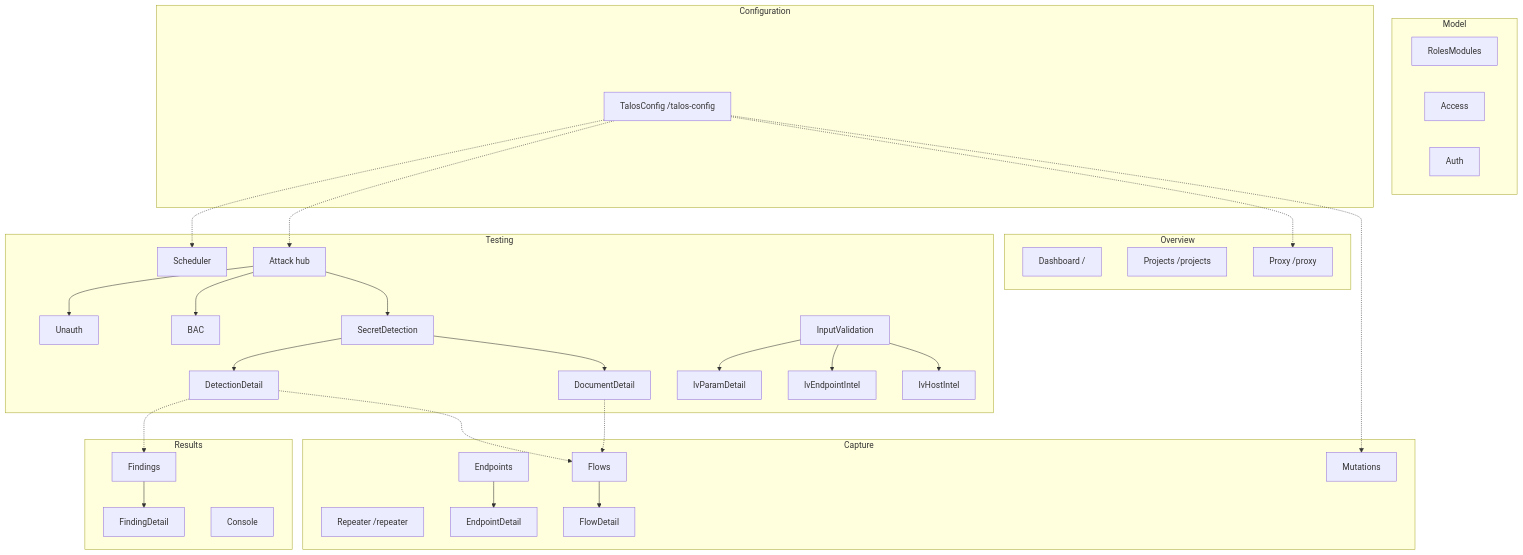
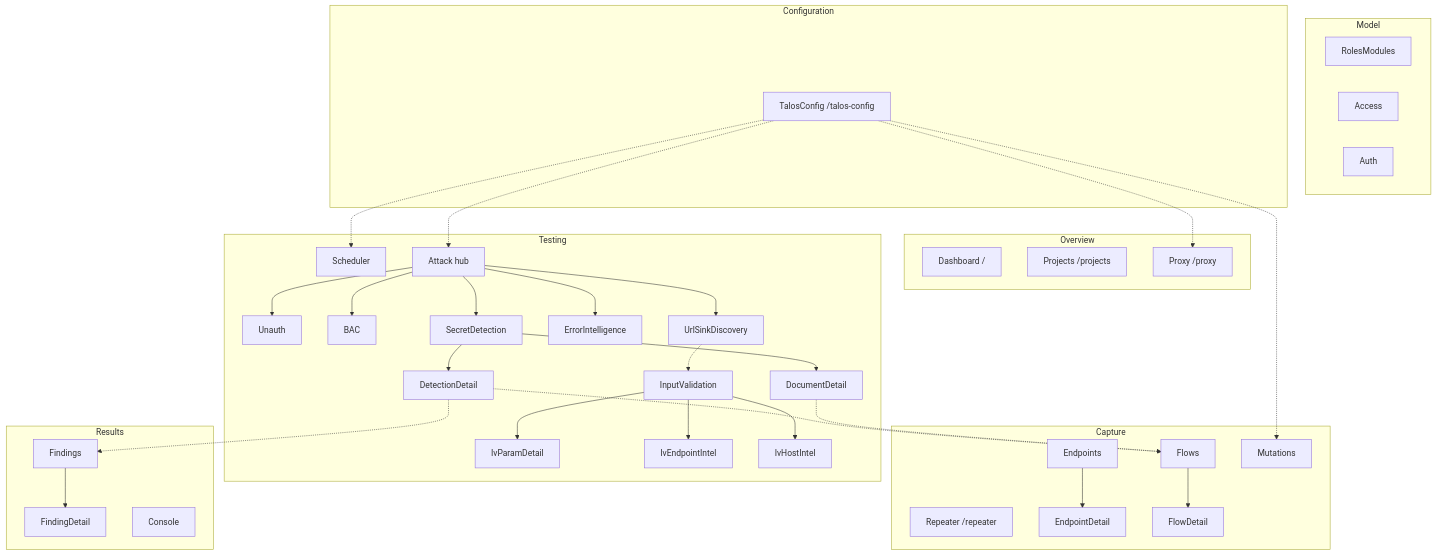
The diagram in docs/control-panel/pages.md (himanshugupta2077/talos), drawn with Mermaid before and after one commit. The commit also changed other lines of this file and 14 other files, not shown here.

````diff
--- a/docs/control-panel/pages.md
+++ b/docs/control-panel/pages.md
@@ -5,60 +5,65 @@
 ```mermaid
 flowchart TD
   subgraph overview [Overview]
     D[Dashboard /]
     P[Projects /projects]
     X[Proxy /proxy]
   end
   subgraph model [Model]
     RM[RolesModules]
     A[Access]
     AU[Auth]
   end
   subgraph capture [Capture]
     RP[Repeater /repeater]
     E[Endpoints]
     ED[EndpointDetail]
     F[Flows]
     FD[FlowDetail]
     M[Mutations]
   end
   subgraph testing [Testing]
     S[Scheduler]
     AT[Attack hub]
     ATU[Unauth]
     ATB[BAC]
     SI[SecretDetection]
     SID[DetectionDetail]
     SIDO[DocumentDetail]
+    EI[ErrorIntelligence]
+    US[UrlSinkDiscovery]
     IV[InputValidation]
     IVP[IvParamDetail]
     IVE[IvEndpointIntel]
     IVH[IvHostIntel]
   end
   subgraph configuration [Configuration]
     TC[TalosConfig /talos-config]
   end
   subgraph results [Results]
     FI[Findings]
     FID[FindingDetail]
     C[Console]
   end
   E --> ED
   F --> FD
   FI --> FID
   AT --> ATU
   AT --> ATB
   AT --> SI
+  AT --> EI
+  AT --> US
   SI --> SID
   SI --> SIDO
   IV --> IVP
   IV --> IVE
   IV --> IVH
   SID -.-> FI
   SID -.-> F
   SIDO -.-> F
+  US -.-> IV
   TC -.-> X
   TC -.-> S
   TC -.-> M
   TC -.-> AT
 ```
````
